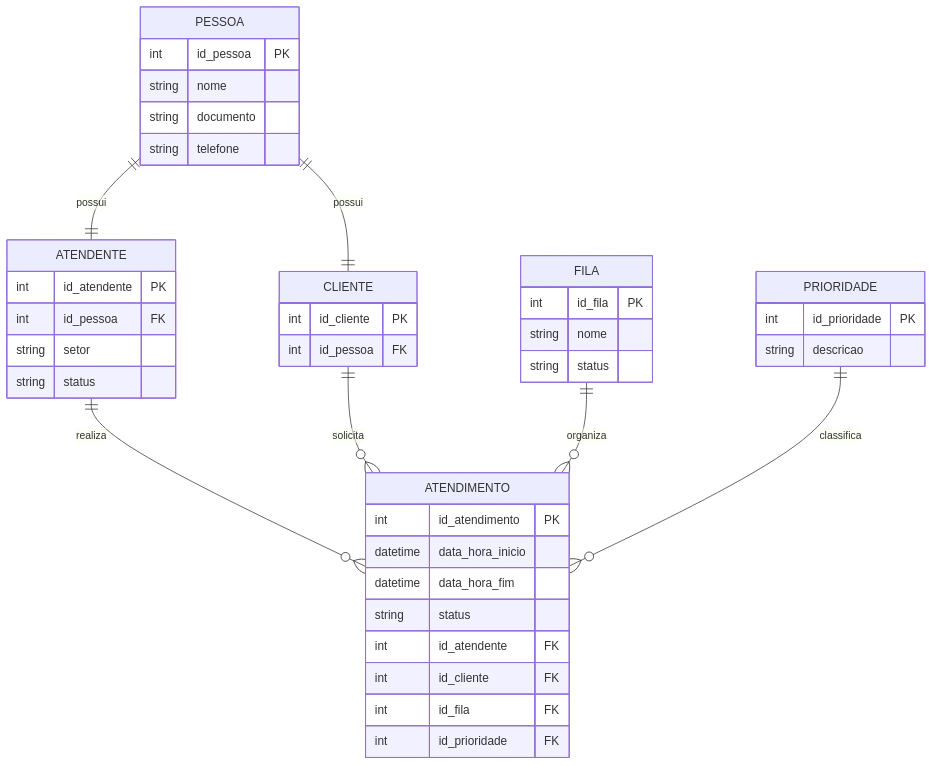
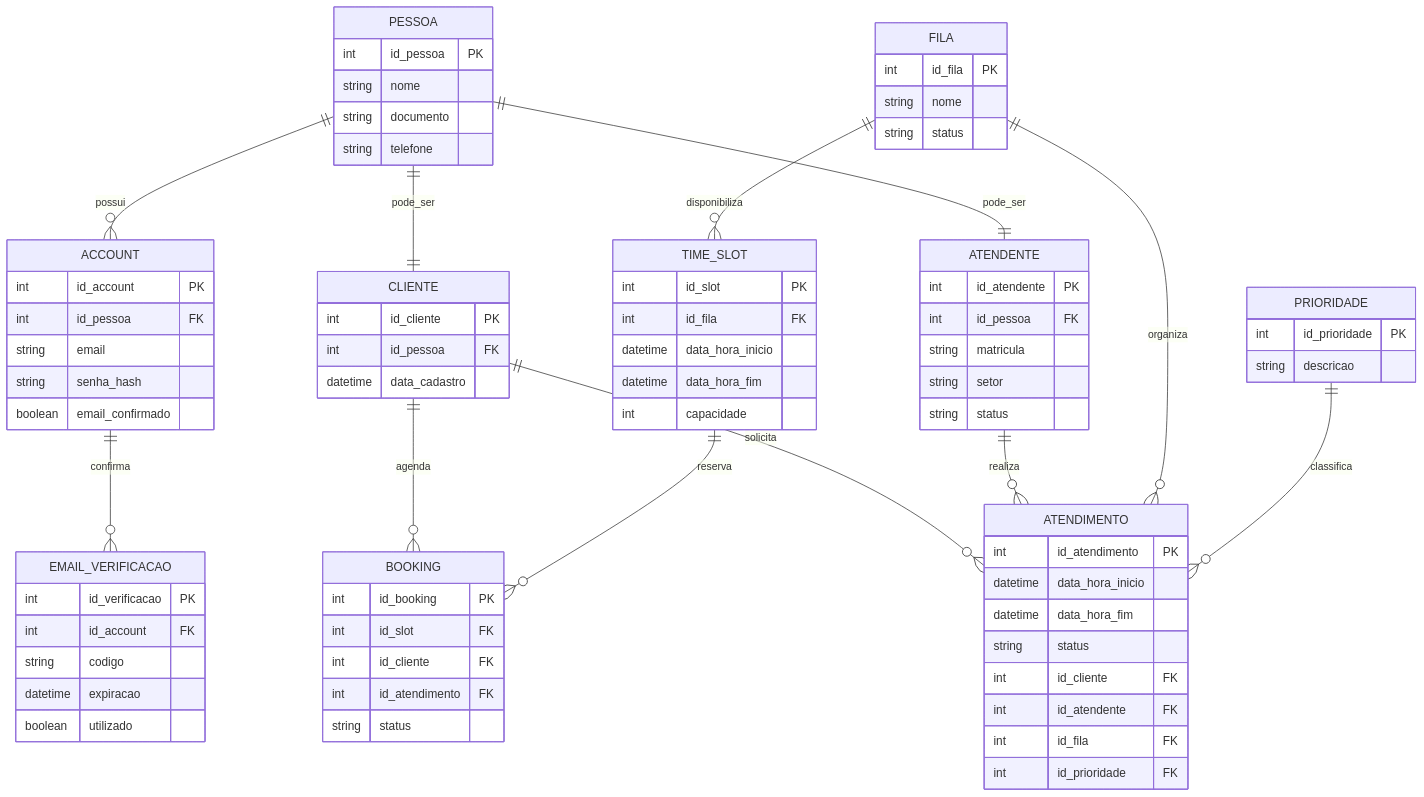
Before and after one commit to SrSmithsm/Aplicativo-de-registro-de-atendimento: the diagram in README.md, drawn with Mermaid. The commit also changed other lines of this file, not shown here.

First line of the commit message:
Atualiza README com fluxo de cadastro seguro e modelo de dados

````diff
--- a/README.md
+++ b/README.md
@@ -31,16 +138,34 @@
         string telefone
     }
 
-    ATENDENTE {
-        int id_atendente PK
+    ACCOUNT {
+        int id_account PK
         int id_pessoa FK
-        string setor
-        string status
+        string email
+        string senha_hash
+        boolean email_confirmado
+    }
+
+    EMAIL_VERIFICACAO {
+        int id_verificacao PK
+        int id_account FK
+        string codigo
+        datetime expiracao
+        boolean utilizado
     }
 
     CLIENTE {
         int id_cliente PK
         int id_pessoa FK
+        datetime data_cadastro
+    }
+
+    ATENDENTE {
+        int id_atendente PK
+        int id_pessoa FK
+        string matricula
+        string setor
+        string status
     }
 
     FILA {
@@ -54,22 +179,47 @@
         string descricao
     }
 
+    TIME_SLOT {
+        int id_slot PK
+        int id_fila FK
+        datetime data_hora_inicio
+        datetime data_hora_fim
+        int capacidade
+    }
+
     ATENDIMENTO {
         int id_atendimento PK
         datetime data_hora_inicio
         datetime data_hora_fim
         string status
+        int id_cliente FK
         int id_atendente FK
-        int id_cliente FK
         int id_fila FK
         int id_prioridade FK
     }
 
-    PESSOA ||--|| ATENDENTE : possui
-    PESSOA ||--|| CLIENTE : possui
+    BOOKING {
+        int id_booking PK
+        int id_slot FK
+        int id_cliente FK
+        int id_atendimento FK
+        string status
+    }
+
+    %% Relacionamentos
+
+    PESSOA ||--o{ ACCOUNT : possui
+    ACCOUNT ||--o{ EMAIL_VERIFICACAO : confirma
+
+    PESSOA ||--|| CLIENTE : pode_ser
+    PESSOA ||--|| ATENDENTE : pode_ser
+
+    CLIENTE ||--o{ BOOKING : agenda
+    FILA ||--o{ TIME_SLOT : disponibiliza
+    TIME_SLOT ||--o{ BOOKING : reserva
+
+    CLIENTE ||--o{ ATENDIMENTO : solicita
     ATENDENTE ||--o{ ATENDIMENTO : realiza
-    CLIENTE ||--o{ ATENDIMENTO : solicita
     FILA ||--o{ ATENDIMENTO : organiza
     PRIORIDADE ||--o{ ATENDIMENTO : classifica
-
 ```
````
